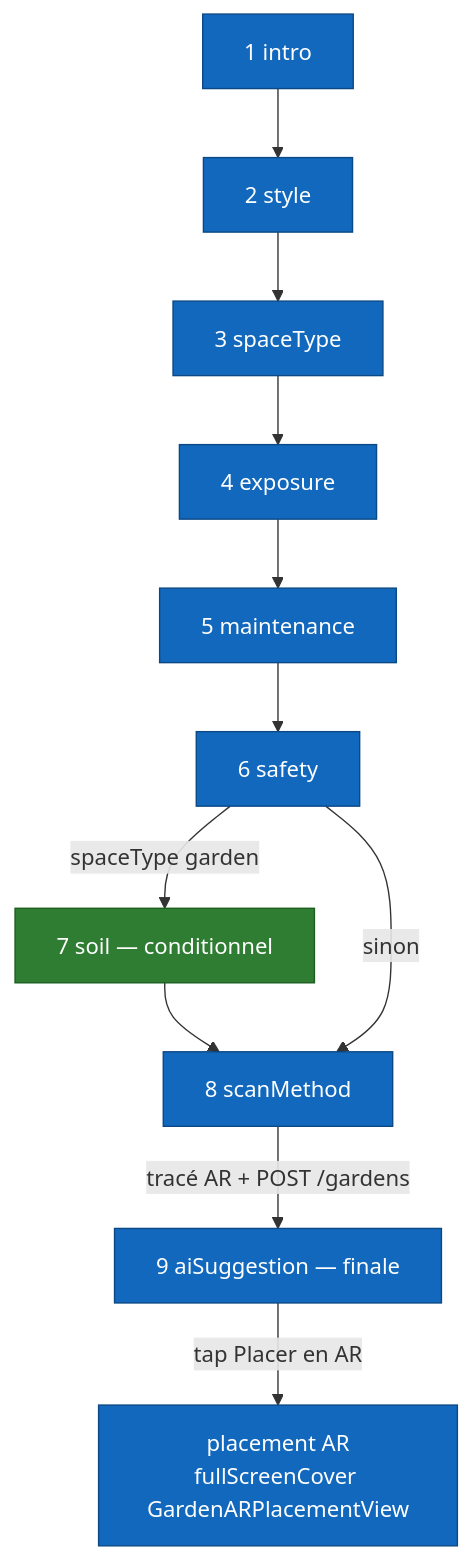
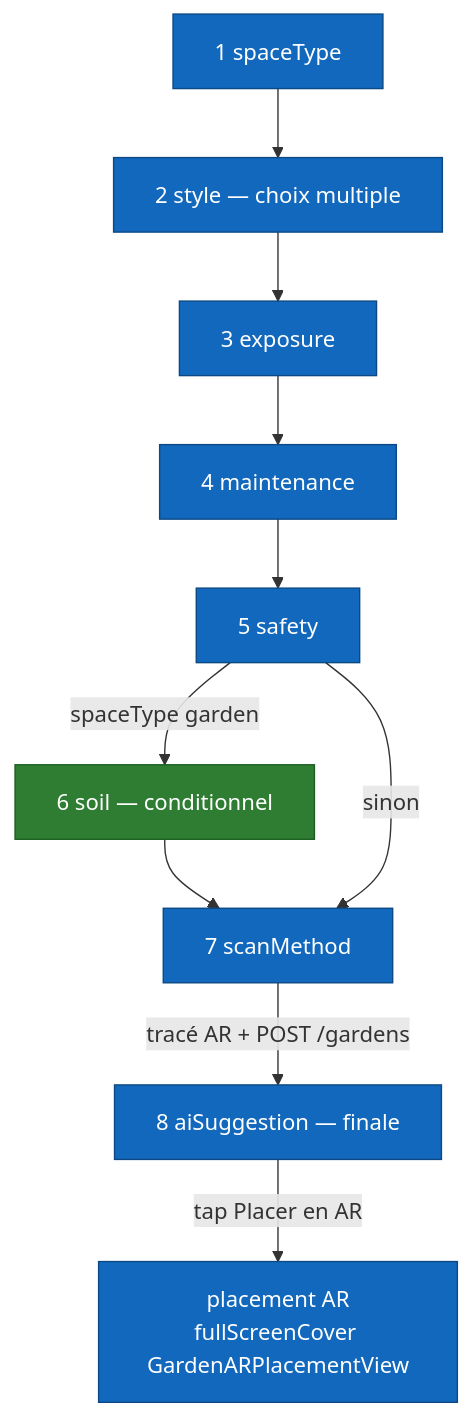
One commit to ArboreTeam/Arbore changed the diagram in docs/fr/screens/questionnaire-wizard.md. Above: the diagram before and after it, drawn with Mermaid. The commit also changed other lines of this file and 214 other files, not shown here.

````diff
--- a/docs/fr/screens/questionnaire-wizard.md
+++ b/docs/fr/screens/questionnaire-wizard.md
@@ -29,25 +29,24 @@
 ```mermaid
 flowchart TB
-    intro[1 intro]
-    style_step[2 style]
-    spaceType[3 spaceType]
-    exposure[4 exposure]
-    maintenance[5 maintenance]
-    safety[6 safety]
-    soil[7 soil — conditionnel]
-    scan[8 scanMethod]
-    ai[9 aiSuggestion — finale]
+    spaceType[1 spaceType]
+    style_step[2 style — choix multiple]
+    exposure[3 exposure]
+    maintenance[4 maintenance]
+    safety[5 safety]
+    soil[6 soil — conditionnel]
+    scan[7 scanMethod]
+    ai[8 aiSuggestion — finale]
     placement[placement AR<br/>fullScreenCover GardenARPlacementView]
 
-    intro --> style_step --> spaceType
-    spaceType --> exposure --> maintenance --> safety
+    spaceType --> style_step
+    style_step --> exposure --> maintenance --> safety
     safety -->|spaceType garden| soil --> scan
     safety -->|sinon| scan
     scan -->|tracé AR + POST /gardens| ai
     ai -->|tap Placer en AR| placement
 
     classDef step fill:#1168BD,stroke:#0B4884,color:#fff
     classDef cond fill:#2E7D32,stroke:#1B5E20,color:#fff
-    class intro,style_step,spaceType,exposure,maintenance,safety,scan,ai,placement step
+    class style_step,spaceType,exposure,maintenance,safety,scan,ai,placement step
     class soil cond
 ```
````
